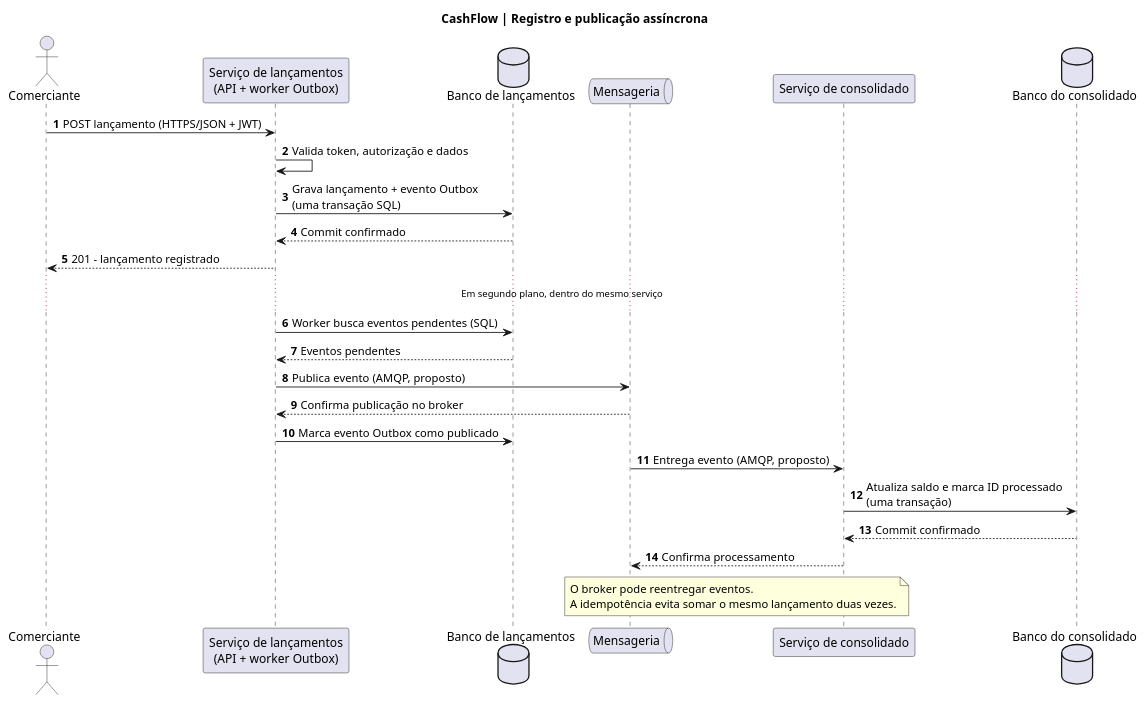
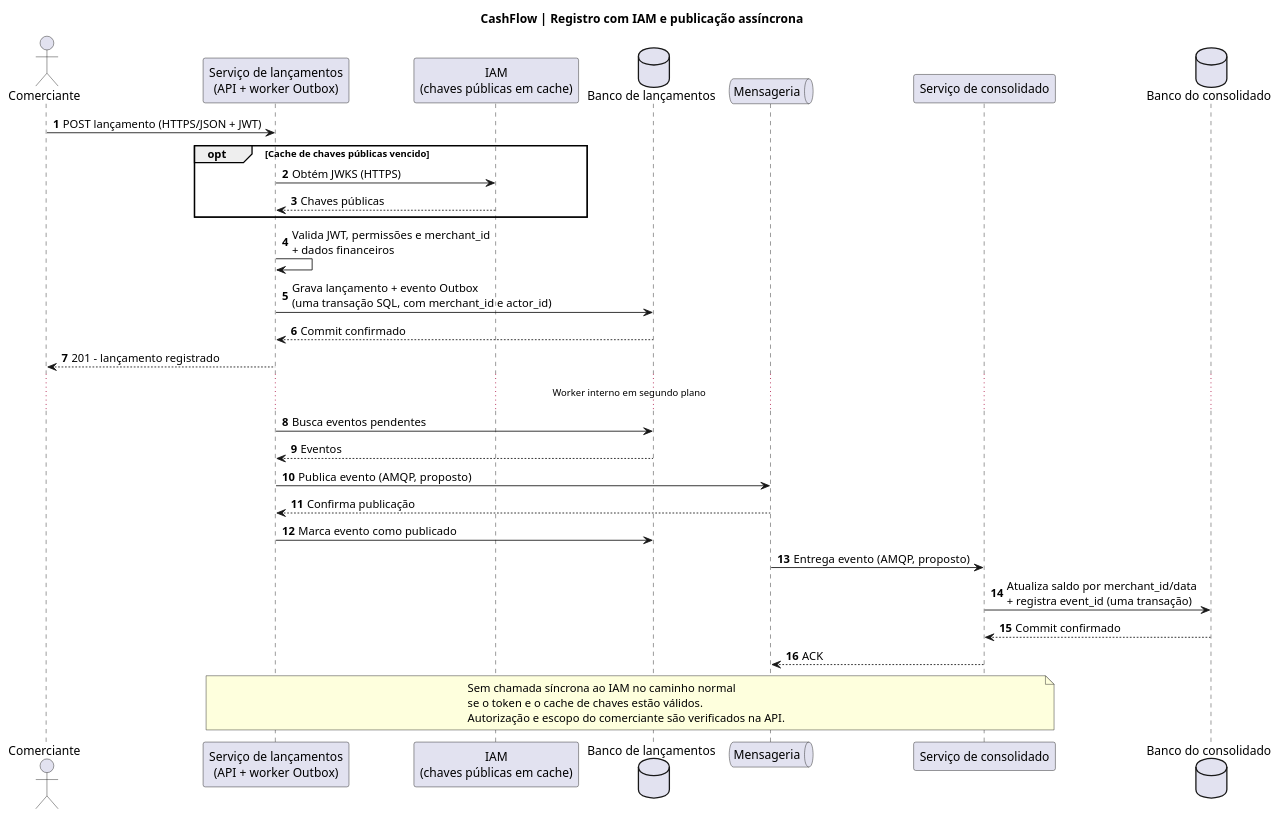
One commit to wolwerr/CashFlow-Architecture changed the diagram in docs/architecture/plantuml/sequence-register.puml. Above: the diagram before and after it, drawn with PlantUML.

Commit message:
docs: align data model and sequences with IAM and merchant isolation (#6)

```diff
--- a/docs/architecture/plantuml/sequence-register.puml
+++ b/docs/architecture/plantuml/sequence-register.puml
@@ -1,29 +1,35 @@
 @startuml CashFlow_Register
-title CashFlow | Registro e publicação assíncrona
+title CashFlow | Registro com IAM e publicação assíncrona
 autonumber
 actor Comerciante
 participant "Serviço de lançamentos\n(API + worker Outbox)" as L
+participant "IAM\n(chaves públicas em cache)" as IAM
 database "Banco de lançamentos" as BL
 queue "Mensageria" as M
 participant "Serviço de consolidado" as C
 database "Banco do consolidado" as BC
 Comerciante -> L: POST lançamento (HTTPS/JSON + JWT)
-L -> L: Valida token, autorização e dados
-L -> BL: Grava lançamento + evento Outbox\n(uma transação SQL)
+opt Cache de chaves públicas vencido
+  L -> IAM: Obtém JWKS (HTTPS)
+  IAM --> L: Chaves públicas
+end
+L -> L: Valida JWT, permissões e merchant_id\n+ dados financeiros
+L -> BL: Grava lançamento + evento Outbox\n(uma transação SQL, com merchant_id e actor_id)
 BL --> L: Commit confirmado
 L --> Comerciante: 201 - lançamento registrado
-... Em segundo plano, dentro do mesmo serviço ...
-L -> BL: Worker busca eventos pendentes (SQL)
-BL --> L: Eventos pendentes
+... Worker interno em segundo plano ...
+L -> BL: Busca eventos pendentes
+BL --> L: Eventos
 L -> M: Publica evento (AMQP, proposto)
-M --> L: Confirma publicação no broker
-L -> BL: Marca evento Outbox como publicado
+M --> L: Confirma publicação
+L -> BL: Marca evento como publicado
 M -> C: Entrega evento (AMQP, proposto)
-C -> BC: Atualiza saldo e marca ID processado\n(uma transação)
+C -> BC: Atualiza saldo por merchant_id/data\n+ registra event_id (uma transação)
 BC --> C: Commit confirmado
-C --> M: Confirma processamento
-note over M,C
-O broker pode reentregar eventos.
-A idempotência evita somar o mesmo lançamento duas vezes.
+C --> M: ACK
+note over L,C
+Sem chamada síncrona ao IAM no caminho normal
+se o token e o cache de chaves estão válidos.
+Autorização e escopo do comerciante são verificados na API.
 end note
 @enduml
```
